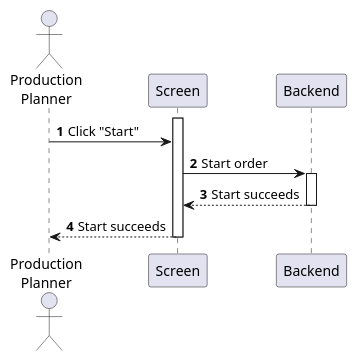
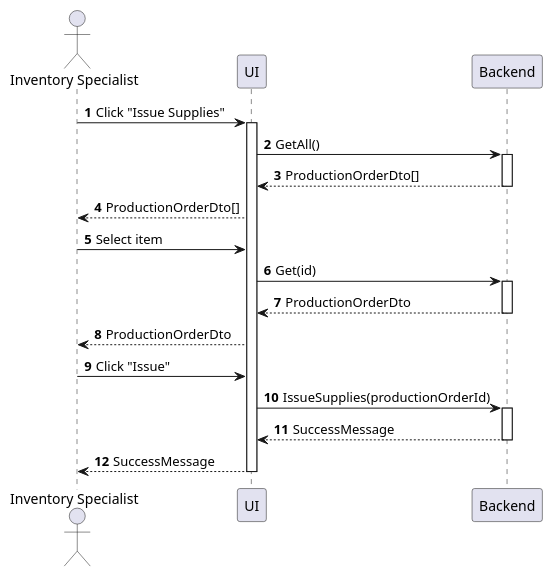
Before and after one commit to phihungha/scmss-reqs: the diagram in sequences/inventory-supply-issue.plantuml, drawn with PlantUML. The commit also changed 17 other files, not shown here.

Commit message:
Improve inventory sequences

```diff
--- a/sequences/inventory-supply-issue.plantuml
+++ b/sequences/inventory-supply-issue.plantuml
@@ -1,15 +1,24 @@
 @startuml inventory-supply-issue
 autonumber
 
-actor "Production\nPlanner" as a
-participant Screen as f
+actor "Inventory Specialist" as a
+participant UI as f
 participant Backend as b
 
+a -> f : Click "Issue Supplies"
 activate f
-a -> f : Click "Start"
-f -> b : Start order
+f -> b : GetAll()
 activate b
-return Start succeeds
-f --> a : Start succeeds
-deactivate f
+return ProductionOrderDto[]
+f --> a : ProductionOrderDto[]
+a -> f : Select item
+f -> b : Get(id)
+activate b
+return ProductionOrderDto
+f --> a : ProductionOrderDto
+a -> f : Click "Issue"
+f -> b : IssueSupplies(productionOrderId)
+activate b
+return SuccessMessage
+return SuccessMessage
 @enduml
```
